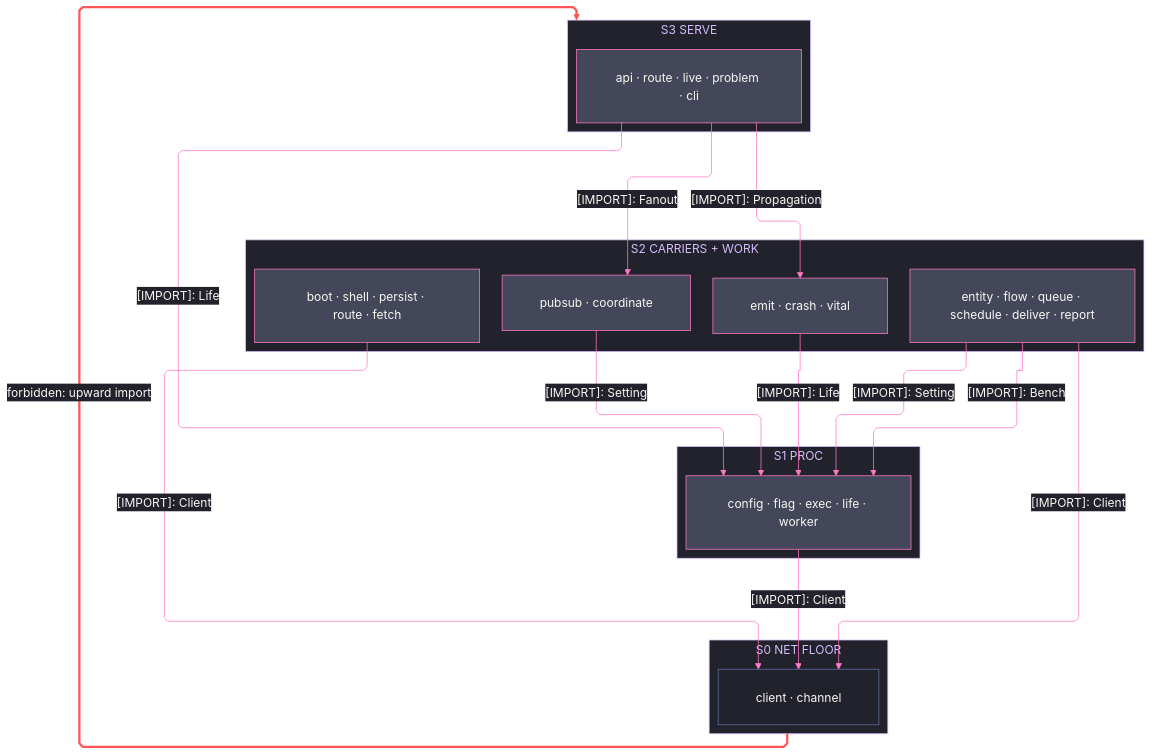
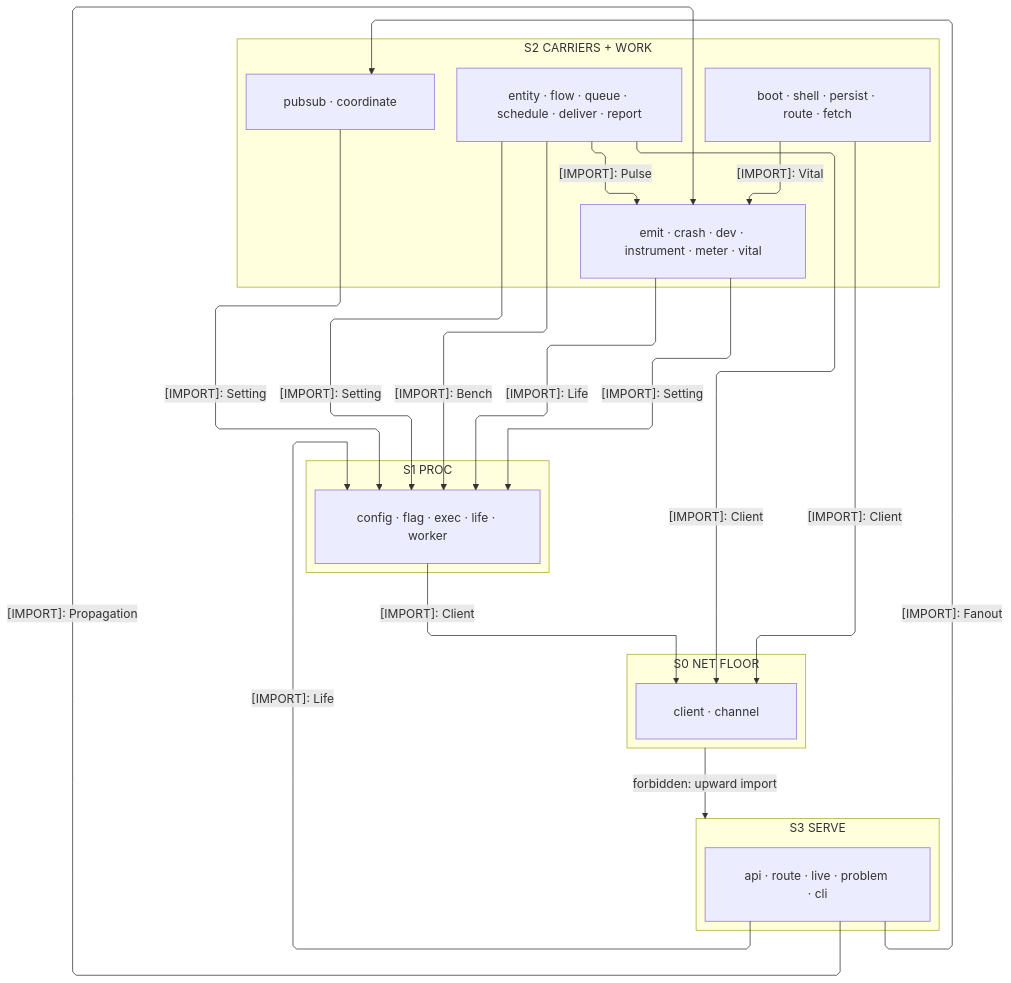
One commit to bsamiee/Rasm changed the first of 3 diagrams in libs/typescript/runtime/ARCHITECTURE.md. Above: the diagram before and after it, drawn with Mermaid. The commit also changed other lines of this file and 460 other files, not shown here.

````diff
--- a/libs/typescript/runtime/ARCHITECTURE.md
+++ b/libs/typescript/runtime/ARCHITECTURE.md
@@ -59,66 +62,42 @@
 ```mermaid
 ---
 config:
-  theme: base
-  look: classic
   layout: elk
   flowchart:
     curve: linear
     padding: 25
-  themeVariables:
-    darkMode: true
-    fontFamily: "SF Mono, Menlo, Cascadia Mono, Segoe UI Mono, Consolas, monospace"
-    useGradient: false
-    dropShadow: "none"
-    background: "#282A36"
-    primaryColor: "#44475A"
-    primaryTextColor: "#F8F8F2"
-    primaryBorderColor: "#BD93F9"
-    lineColor: "#FF79C6"
-    textColor: "#F8F8F2"
-    clusterBkg: "#21222C"
-    clusterBorder: "#D6BCFA"
-    edgeLabelBackground: "#21222C"
-    labelBackgroundColor: "#21222C"
-    titleColor: "#D6BCFA"
-  themeCSS: ".nodeLabel{font-size:13px;font-weight:500}.edgeLabel{font-size:12px;font-weight:500}.cluster-label .nodeLabel{font-size:13.5px;font-weight:700;letter-spacing:.08em}.edge-thickness-normal{stroke-width:2px}.edge-thickness-thick{stroke-width:3px}.edge-pattern-dashed,.edge-pattern-dotted{stroke-width:1.5px;stroke-dasharray:4 6}.node rect,.node circle,.node polygon,.node path,.node .outer-path{stroke-width:1.5px;filter:none!important}.cluster rect{stroke-width:1px!important;stroke-dasharray:5 4!important;filter:none!important}.marker path{transform:scale(.8);transform-origin:5px 5px}.marker circle{transform:scale(.48);transform-origin:5px 5px}.edgeLabel rect{transform-box:fill-box;transform-origin:center;transform:scale(1.1,1.2)}"
 ---
 flowchart TB
     accTitle: Runtime interior import strata
-    accDescr: Four interior waves — serve over the pubsub and otel carriers, with browser and work seated at the same carrier rank parallel to the server plane, over the proc substrate onto the net egress floor — every import downward, labeled edges naming one sourced type each, and one forbidden upward edge styled red.
+    accDescr: Four interior waves — serve over the pubsub and otel carriers, with browser and work seated at the same carrier rank parallel to the server plane, over the proc substrate onto the net egress floor — imports downward with two lateral edges inside S2 (the work-to-otel meter mark, the browser-to-otel vital projection), labeled edges naming one sourced type each, and one forbidden upward edge.
     subgraph S3["S3 SERVE"]
         Serve["api · route · live · problem · cli"]
     end
     subgraph S2["S2 CARRIERS + WORK"]
         Fanout["pubsub · coordinate"]
-        Otel["emit · crash · vital"]
+        Otel["emit · crash · dev · instrument · meter · vital"]
         Browser["boot · shell · persist · route · fetch"]
         Work["entity · flow · queue · schedule · deliver · report"]
     end
     subgraph S1["S1 PROC"]
         Proc["config · flag · exec · life · worker"]
     end
     subgraph S0["S0 NET FLOOR"]
         NetFloor["client · channel"]
     end
     Proc e1@-->|"[IMPORT]: Client"| NetFloor
     Fanout e2@-->|"[IMPORT]: Setting"| Proc
     Otel e3@-->|"[IMPORT]: Life"| Proc
+    Otel e11@-->|"[IMPORT]: Setting"| Proc
     Browser e4@-->|"[IMPORT]: Client"| NetFloor
     Work e5@-->|"[IMPORT]: Setting"| Proc
     Work e6@-->|"[IMPORT]: Client"| NetFloor
     Work e10@-->|"[IMPORT]: Bench"| Proc
+    Work e12@-->|"[IMPORT]: Pulse"| Otel
+    Browser e13@-->|"[IMPORT]: Vital"| Otel
     Serve e7@-->|"[IMPORT]: Fanout"| Fanout
     Serve e8@-->|"[IMPORT]: Propagation"| Otel
     Serve e9@-->|"[IMPORT]: Life"| Proc
     Serve ~~~ Fanout
     S0 f1@-->|"forbidden: upward import"| S3
-    classDef primary fill:#44475A,stroke:#FF79C6,color:#F8F8F2
-    classDef recessed fill:#21222C,stroke:#6272A4,color:#F8F8F2
-    classDef edgeControl stroke:#FF79C6,color:#F8F8F2
-    classDef edgeError stroke:#FF5555,stroke-width:3px,color:#F8F8F2
-    class Serve,Work,Fanout,Otel,Browser,Proc primary
-    class NetFloor recessed
-    class e1,e2,e3,e4,e5,e6,e7,e8,e9,e10 edgeControl
-    class f1 edgeError
 ```
````
